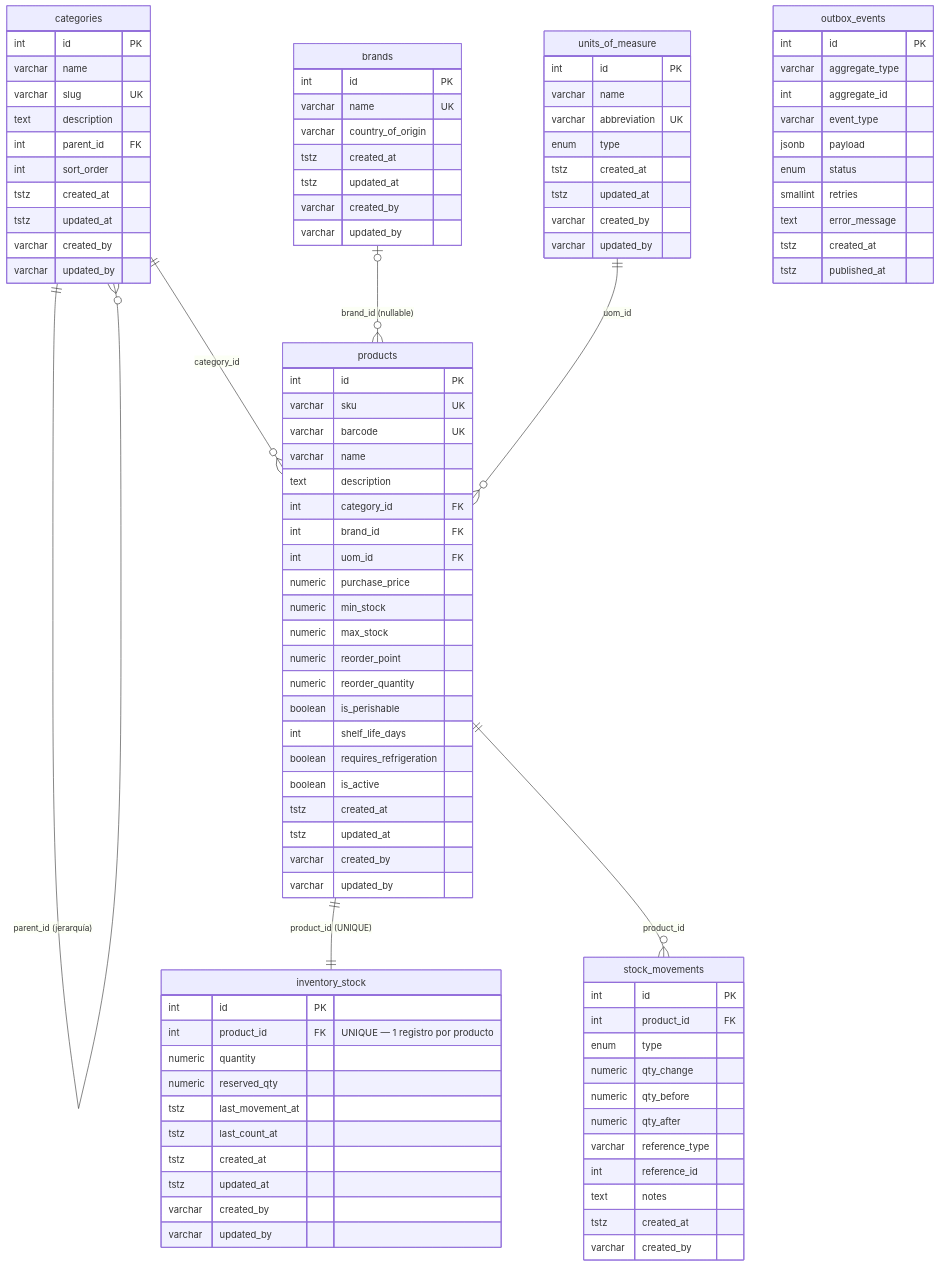
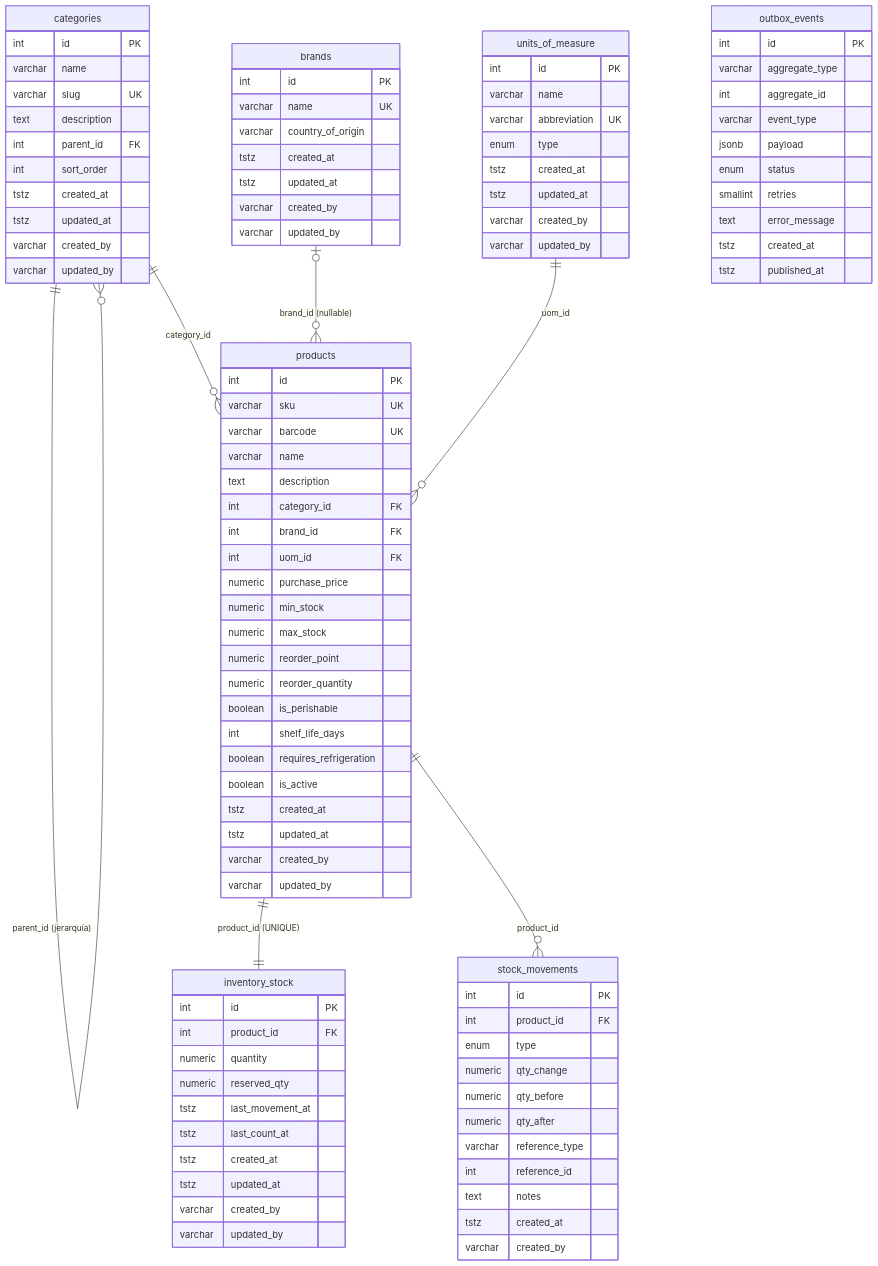
The first of 3 diagrams in docs/relation-diagram.md (Null01/technical-interview-kibernum), drawn with Mermaid before and after one commit. The commit also changed other lines of this file and 6 other files, not shown here.

Commit message:
docs: 📖️ update DDLs and DMLs, update ER diagram with new field.

```diff
--- a/docs/relation-diagram.md
+++ b/docs/relation-diagram.md
@@ -74,7 +74,7 @@
 
     inventory_stock {
         int     id               PK
-        int     product_id       FK "UNIQUE — 1 registro por producto"
+        int     product_id       FK
         numeric quantity
         numeric reserved_qty
         tstz    last_movement_at
```
